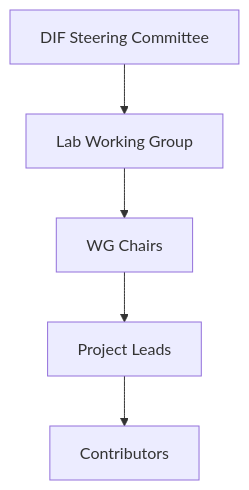
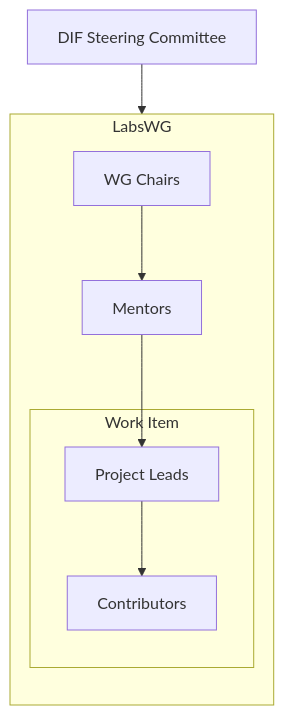
Before and after one commit to decentralized-identity/labs: the second of 2 diagrams in docs/process.md, drawn with Mermaid. The commit also changed other lines of this file and 3 other files, not shown here.

First line of the commit message:
update to charter. (#16)

````diff
--- a/docs/process.md
+++ b/docs/process.md
@@ -137,8 +138,15 @@
 ```mermaid
 graph TB
       SC[DIF Steering Committee] --> LabsWG
-      LabsWG[Lab Working Group] --> WGChairs
-      WGChairs[WG Chairs] --> ProjectLeads
-      ProjectLeads[Project Leads]
-      ProjectLeads --> Contributors
+      subgraph LabsWG
+        direction TB
+        WGChairs[WG Chairs] --> Mentors
+        subgraph Work Item
+          ProjectLeads
+          Contributors
+        end
+        Mentors --> ProjectLeads
+        ProjectLeads[Project Leads]
+        ProjectLeads --> Contributors
+      end
 ```
````
